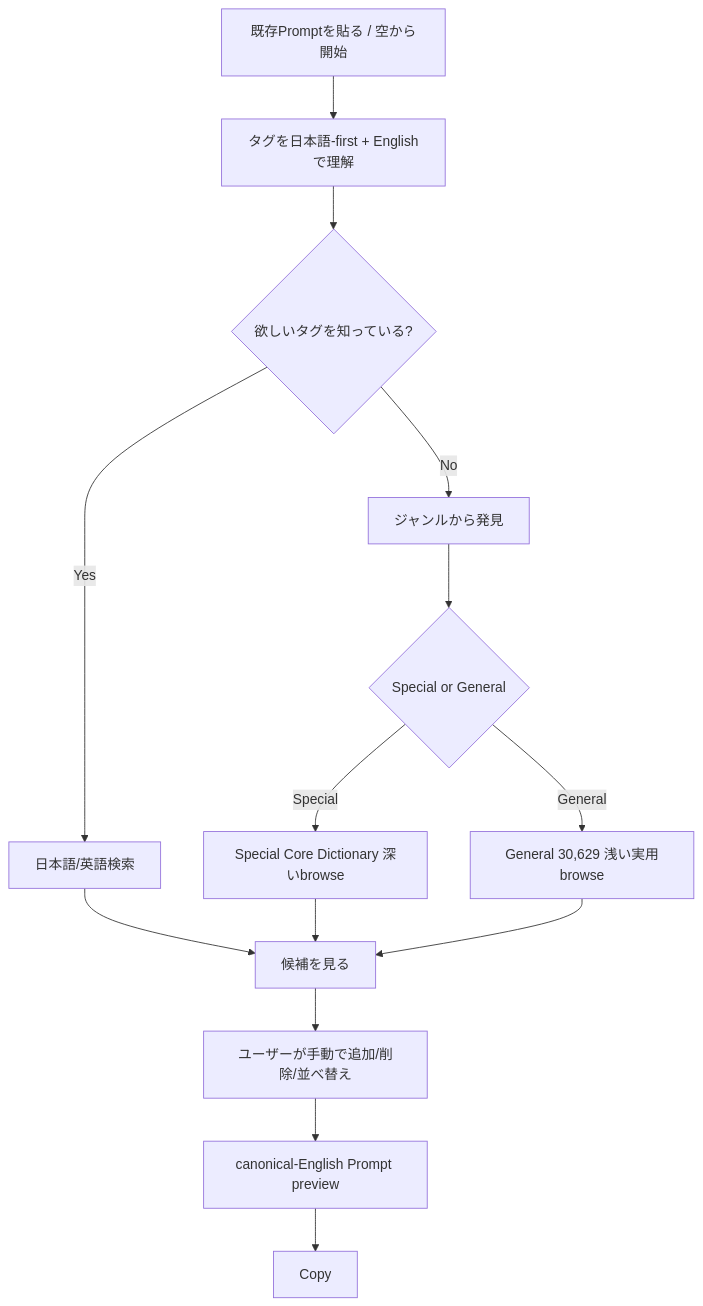
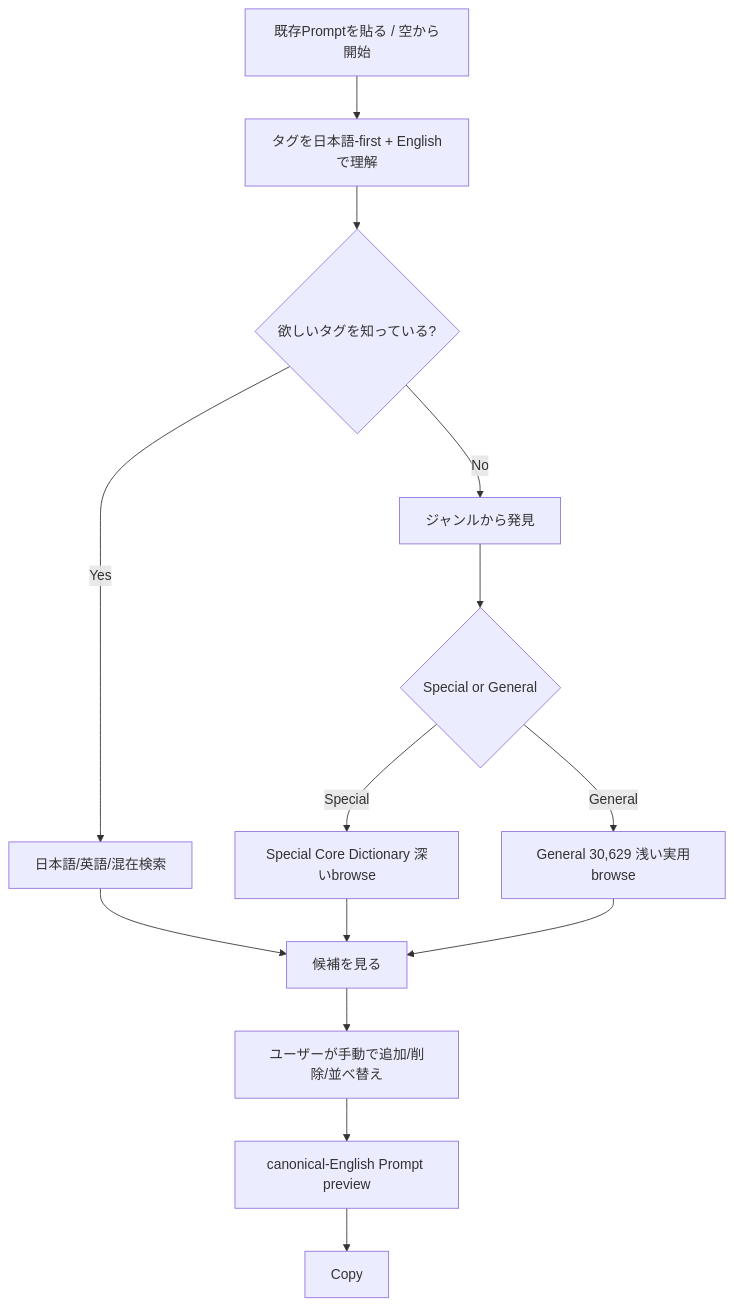
The first of 8 diagrams in docs/FLOWCHARTS.md (takasago181/DanbooruTagTool), drawn with Mermaid before and after one commit. The commit also changed other lines of this file, not shown here.

````diff
--- a/docs/FLOWCHARTS.md
+++ b/docs/FLOWCHARTS.md
@@ -5,16 +5,16 @@
 ```mermaid
 flowchart TD
  A[既存Promptを貼る / 空から開始] --> B[タグを日本語-first + Englishで理解]
  B --> C{欲しいタグを知っている?}
- C -- Yes --> D[日本語/英語検索]
+ C -- Yes --> D[日本語/英語/混在検索]
  C -- No --> E[ジャンルから発見]
  E --> F{Special or General}
  F -- Special --> G[Special Core Dictionary 深いbrowse]
  F -- General --> H[General 30,629 浅い実用browse]
  D --> I[候補を見る]
  G --> I
  H --> I
  I --> J[ユーザーが手動で追加/削除/並べ替え]
  J --> K[canonical-English Prompt preview]
  K --> L[Copy]
 ```
````
